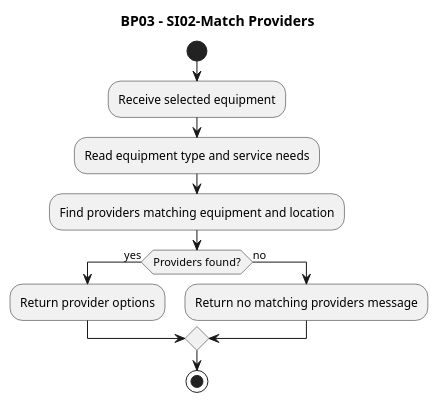
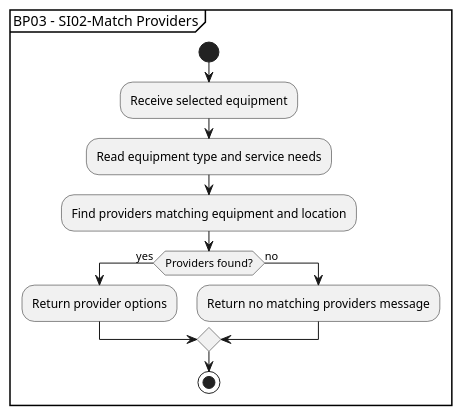
One commit to aaberg/builders-clinic-fix-me changed the diagram in 2.System Interactions/1.SystemInteractionDiagrams/BP03-SI02-Match-Providers.puml. Above: the diagram before and after it, drawn with PlantUML. The commit also changed 54 other files, not shown here.

```diff
--- a/2.System Interactions/1.SystemInteractionDiagrams/BP03-SI02-Match-Providers.puml
+++ b/2.System Interactions/1.SystemInteractionDiagrams/BP03-SI02-Match-Providers.puml
@@ -1,15 +1,16 @@
 @startuml
-title BP03 - SI02-Match Providers
 
-start
-:Receive selected equipment;
-:Read equipment type and service needs;
-:Find providers matching equipment and location;
-if (Providers found?) then (yes)
-  :Return provider options;
-else (no)
-  :Return no matching providers message;
-endif
-stop
+partition "BP03 - SI02-Match Providers" {
+  start
+  :Receive selected equipment;
+  :Read equipment type and service needs;
+  :Find providers matching equipment and location;
+  if (Providers found?) then (yes)
+    :Return provider options;
+  else (no)
+    :Return no matching providers message;
+  endif
+  stop
+}
 
 @enduml
```
